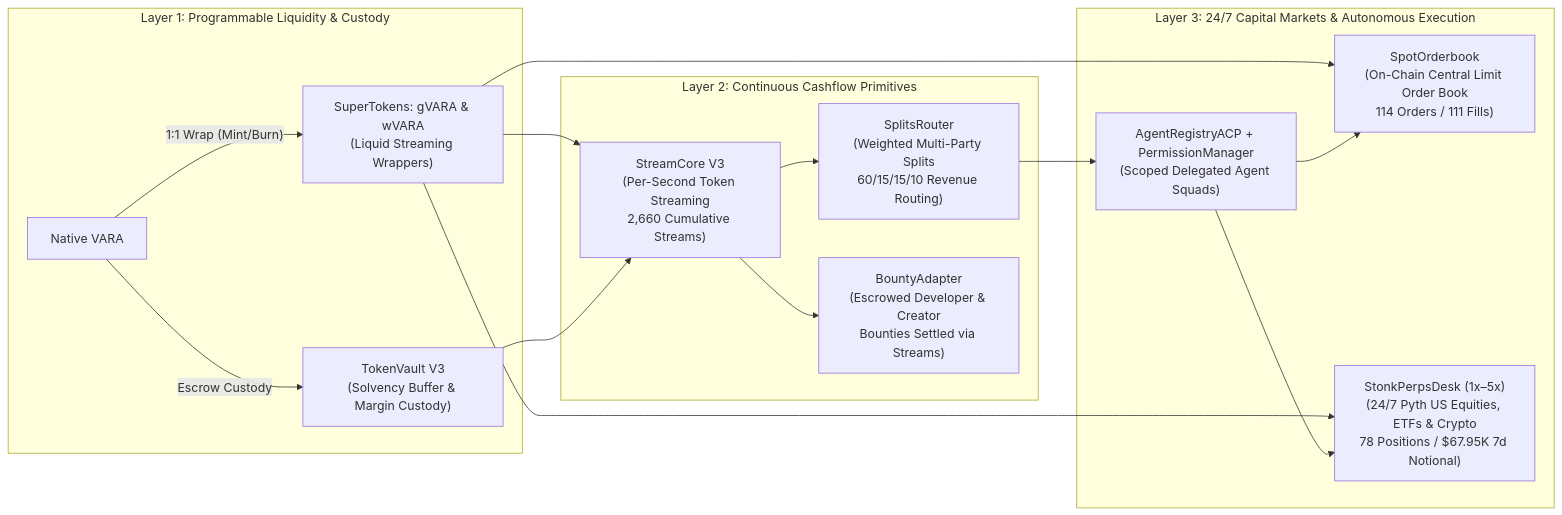
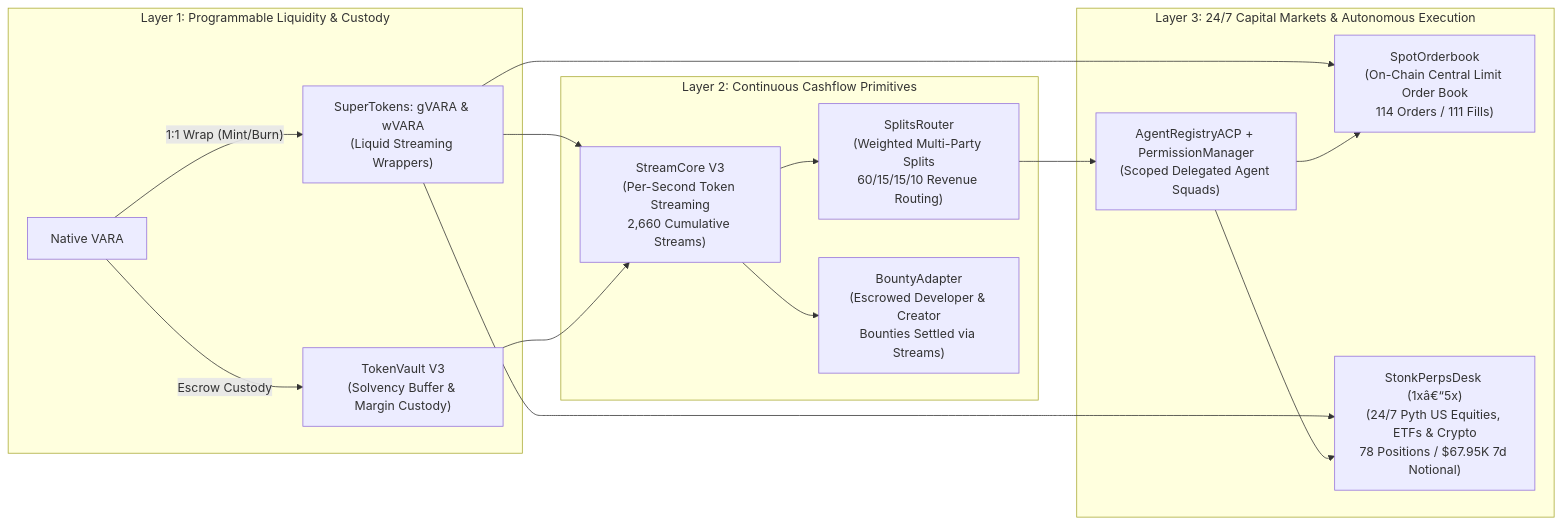
The diagram in README.md (Anmol-345/flows), drawn with Mermaid before and after one commit. The commit also changed other lines of this file and 208 other files, not shown here.

Commit message:
feat: rebranding and protocol upgrade to Flows on Vara Network

````diff
--- a/README.md
+++ b/README.md
@@ -36,22 +36,22 @@
 ```mermaid
 flowchart LR
     subgraph Layer1["Layer 1: Programmable Liquidity & Custody"]
         V1["Native VARA"] -->|"1:1 Wrap (Mint/Burn)"| ST["SuperTokens: gVARA & wVARA\n(Liquid Streaming Wrappers)"]
         V1 -->|"Escrow Custody"| TV["TokenVault V3\n(Solvency Buffer & Margin Custody)"]
     end
 
     subgraph Layer2["Layer 2: Continuous Cashflow Primitives"]
         ST --> SC["StreamCore V3\n(Per-Second Token Streaming\n2,660 Cumulative Streams)"]
         TV --> SC
         SC --> SR["SplitsRouter\n(Weighted Multi-Party Splits\n60/15/15/10 Revenue Routing)"]
         SC --> BA["BountyAdapter\n(Escrowed Developer & Creator\nBounties Settled via Streams)"]
     end
 
     subgraph Layer3["Layer 3: 24/7 Capital Markets & Autonomous Execution"]
         ST --> CLOB["SpotOrderbook\n(On-Chain Central Limit Order Book\n114 Orders / 111 Fills)"]
-        ST --> PERP["StonkPerpsDesk (1x–5x)\n(24/7 Pyth US Equities, ETFs & Crypto\n78 Positions / $67.95K 7d Notional)"]
+        ST --> PERP["StonkPerpsDesk (1xâ€“5x)\n(24/7 Pyth US Equities, ETFs & Crypto\n78 Positions / $67.95K 7d Notional)"]
         SR --> ACP["AgentRegistryACP + PermissionManager\n(Scoped Delegated Agent Squads)"]
         ACP --> PERP
         ACP --> CLOB
     end
 ```
````
